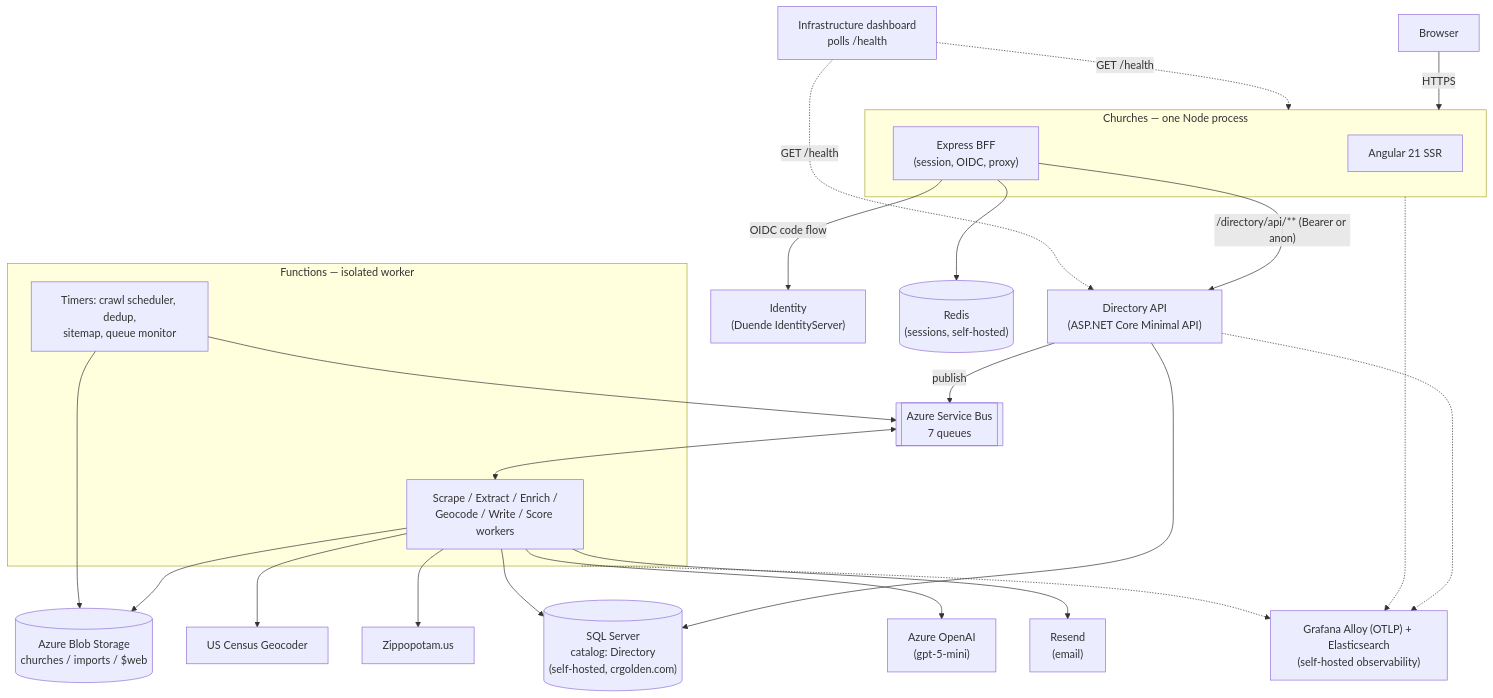
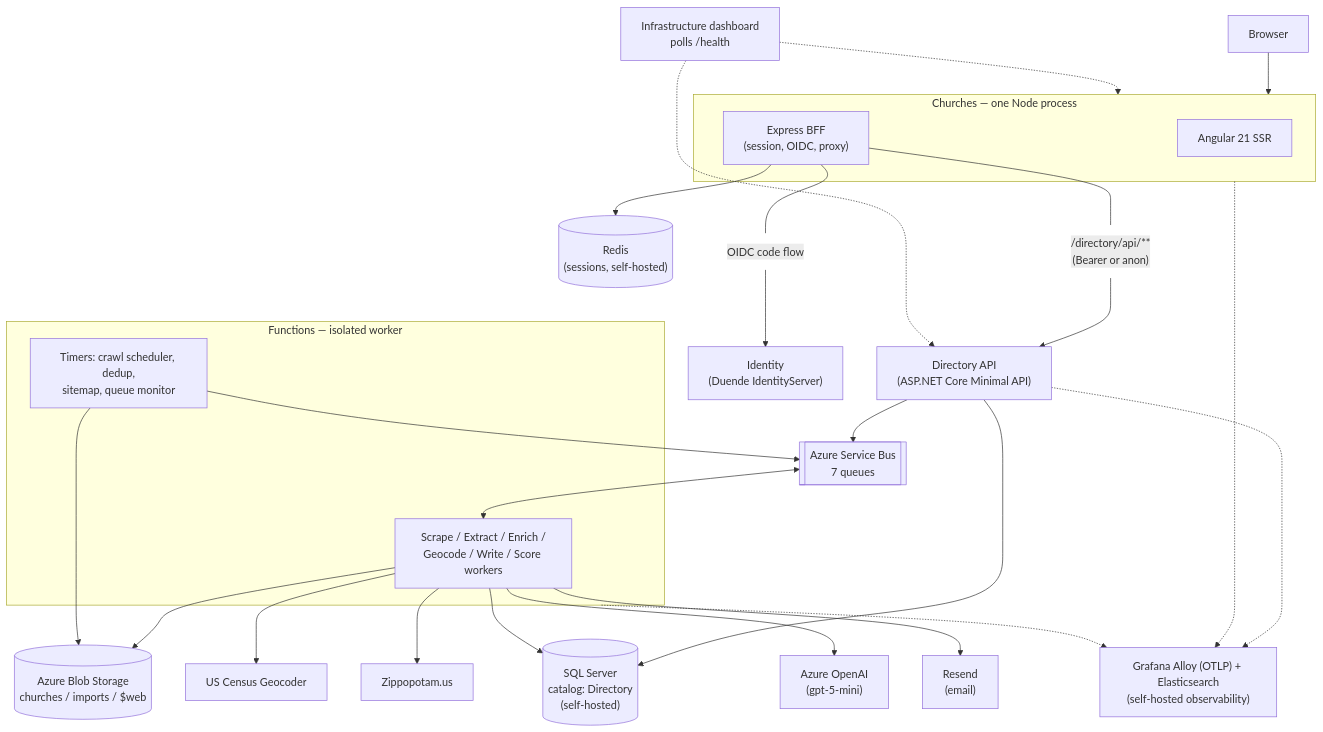
The first of 8 diagrams in ARCHITECTURE.md (crgolden/Churches), drawn with Mermaid before and after one commit. The commit also changed other lines of this file and 1 other file, not shown here.

Commit message:
Remove infrastructure values and tighten prose in ARCHITECTURE.md/README

````diff
--- a/ARCHITECTURE.md
+++ b/ARCHITECTURE.md
@@ -15,51 +27,54 @@
 ```mermaid
 graph TB
     Browser["Browser"]
 
     subgraph ChurchesApp["Churches — one Node process"]
         SSR["Angular 21 SSR"]
         BFF["Express BFF<br/>(session, OIDC, proxy)"]
     end
 
     Identity["Identity<br/>(Duende IdentityServer)"]
     DirectoryAPI["Directory API<br/>(ASP.NET Core Minimal API)"]
-    SQL[("SQL Server<br/>catalog: Directory<br/>(self-hosted, crgolden.com)")]
+    SQL[("SQL Server<br/>catalog: Directory<br/>(self-hosted)")]
     Redis[("Redis<br/>(sessions, self-hosted)")]
 
     subgraph Pipeline["Functions — isolated worker"]
         Workers["Scrape / Extract / Enrich /<br/>Geocode / Write / Score workers"]
         Jobs["Timers: crawl scheduler, dedup,<br/>sitemap, queue monitor"]
     end
 
     ServiceBus[["Azure Service Bus<br/>7 queues"]]
     Blob[("Azure Blob Storage<br/>churches / imports / $web")]
 
     Census["US Census Geocoder"]
     Zippo["Zippopotam.us"]
     OpenAI["Azure OpenAI<br/>(gpt-5-mini)"]
     Resend["Resend<br/>(email)"]
 
     Obs["Grafana Alloy (OTLP) + Elasticsearch<br/>(self-hosted observability)"]
     Infra["Infrastructure dashboard<br/>polls /health"]
 
-    Browser -->|"HTTPS"| ChurchesApp
-    BFF -->|"OIDC code flow"| Identity
-    BFF -->|"/directory/api/** (Bearer or anon)"| DirectoryAPI
+    Browser --> ChurchesApp
+    BFF --- L1["OIDC code flow"] --> Identity
+    BFF --- L2["/directory/api/**<br/>(Bearer or anon)"] --> DirectoryAPI
     BFF --> Redis
     DirectoryAPI --> SQL
-    DirectoryAPI -->|"publish"| ServiceBus
+    DirectoryAPI --> ServiceBus
     ServiceBus <--> Workers
     Workers --> SQL
     Workers --> Blob
     Workers --> Census
     Workers --> Zippo
     Workers --> OpenAI
     Workers --> Resend
     Jobs --> ServiceBus
     Jobs --> Blob
     ChurchesApp -.-> Obs
     DirectoryAPI -.-> Obs
     Pipeline -.-> Obs
-    Infra -.->|"GET /health"| ChurchesApp
-    Infra -.->|"GET /health"| DirectoryAPI
+    Infra -.-> ChurchesApp
+    Infra -.-> DirectoryAPI
+
+    classDef edgeLabel fill:none,stroke:none
+    class L1,L2 edgeLabel
 ```
````
